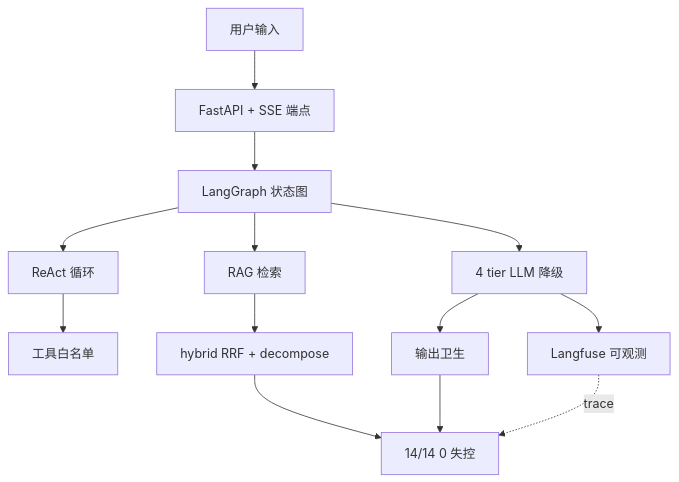
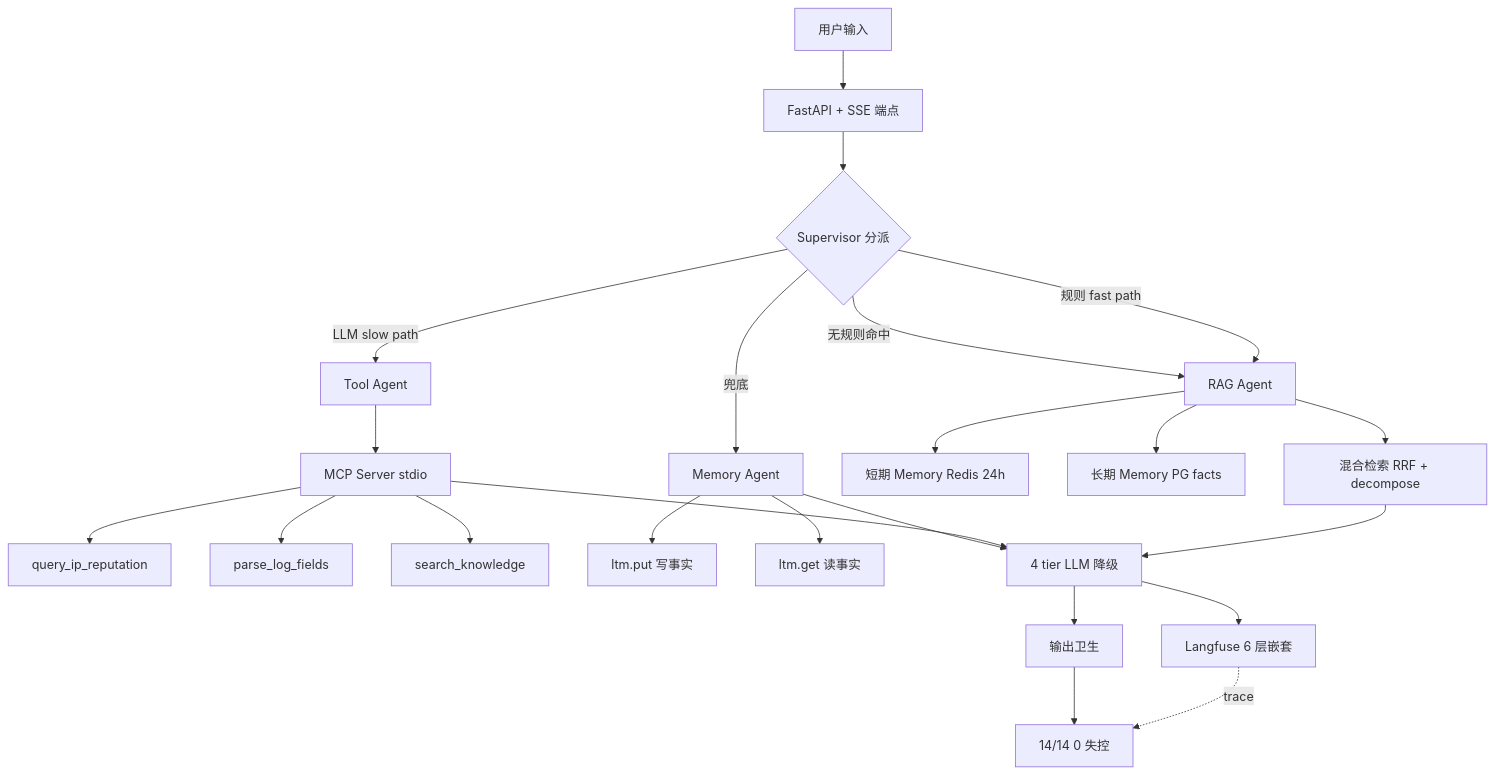
One commit to sec-8/secops-copilot changed the first of 3 diagrams in README.md. Above: the diagram before and after it, drawn with Mermaid. The commit also changed other lines of this file and 22 other files, not shown here.

Commit message:
v2版本升级加入memory + 4 agent + MCP，兼容V1模式

````diff
--- a/README.md
+++ b/README.md
@@ -30,15 +63,25 @@
 ```mermaid
 graph TB
     A[用户输入] --> B[FastAPI + SSE 端点]
-    B --> C[LangGraph 状态图]
-    C --> D[ReAct 循环]
-    C --> E[RAG 检索]
-    C --> F[4 tier LLM 降级]
-    D --> G[工具白名单]
-    E --> H[hybrid RRF + decompose]
-    F --> I[Langfuse 可观测]
-    F --> J[输出卫生]
-    H --> K[14/14 0 失控]
+    B --> C{Supervisor 分派}
+    C -->|规则 fast path| D1[RAG Agent]
+    C -->|LLM slow path| D2[Tool Agent]
+    C -->|兜底| D3[Memory Agent]
+    C -->|无规则命中| D1
+    D1 --> E1[混合检索 RRF + decompose]
+    D1 --> E2[短期 Memory Redis 24h]
+    D1 --> E3[长期 Memory PG facts]
+    D2 --> F1[MCP Server stdio]
+    F1 --> F2[query_ip_reputation]
+    F1 --> F3[parse_log_fields]
+    F1 --> F4[search_knowledge]
+    D3 --> G1[ltm.put 写事实]
+    D3 --> G2[ltm.get 读事实]
+    E1 --> H[4 tier LLM 降级]
+    F1 --> H
+    D3 --> H
+    H --> I[Langfuse 6 层嵌套]
+    H --> J[输出卫生]
+    I -.trace.-> K[14/14 0 失控]
     J --> K
-    I -.trace.-> K
 ```
````
